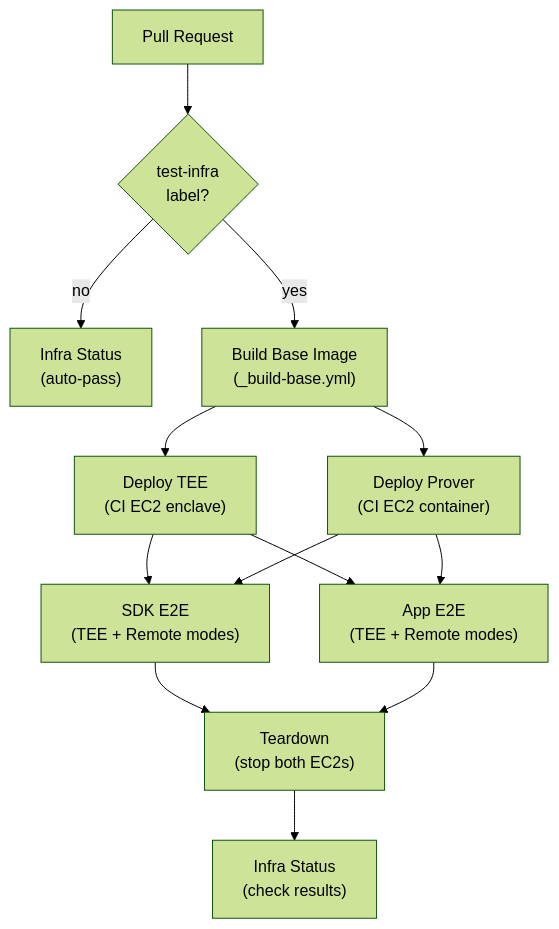
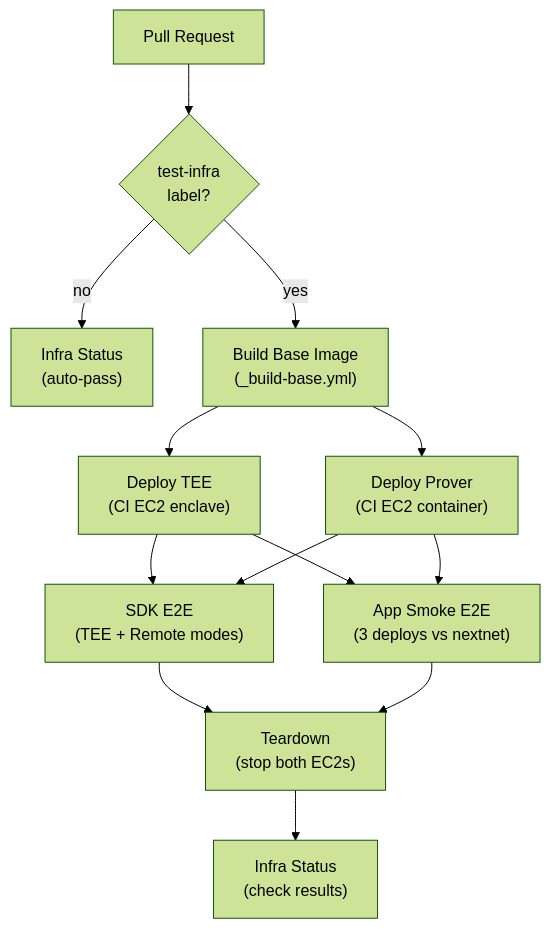
Before and after one commit to alejoamiras/tee-rex: the second of 5 diagrams in docs/ci-pipeline.md, drawn with Mermaid (forest theme). The commit also changed other lines of this file and 11 other files, not shown here.

First line of the commit message:
refactor: split app e2e into local-network (fast) and smoke (real proofs) (#110)

````diff
--- a/docs/ci-pipeline.md
+++ b/docs/ci-pipeline.md
@@ -78,12 +78,12 @@
 ```mermaid
 graph TD
     PR["Pull Request"] --> check{"test-infra\nlabel?"}
     check -->|no| gate_pass["Infra Status\n(auto-pass)"]
     check -->|yes| base["Build Base Image\n(_build-base.yml)"]
     base --> tee["Deploy TEE\n(CI EC2 enclave)"]
     base --> prover["Deploy Prover\n(CI EC2 container)"]
     tee & prover --> sdk_e2e["SDK E2E\n(TEE + Remote modes)"]
-    tee & prover --> app_e2e["App E2E\n(TEE + Remote modes)"]
+    tee & prover --> app_e2e["App Smoke E2E\n(3 deploys vs nextnet)"]
     sdk_e2e & app_e2e --> teardown["Teardown\n(stop both EC2s)"]
     teardown --> gate_check["Infra Status\n(check results)"]
 ```
````
